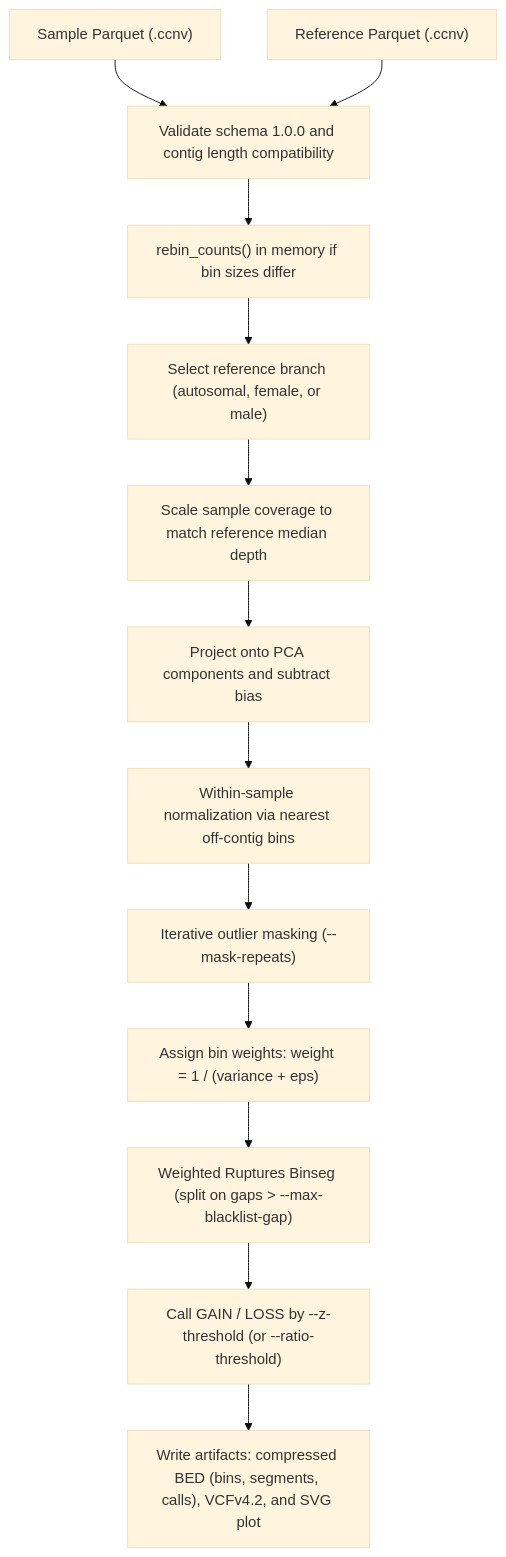
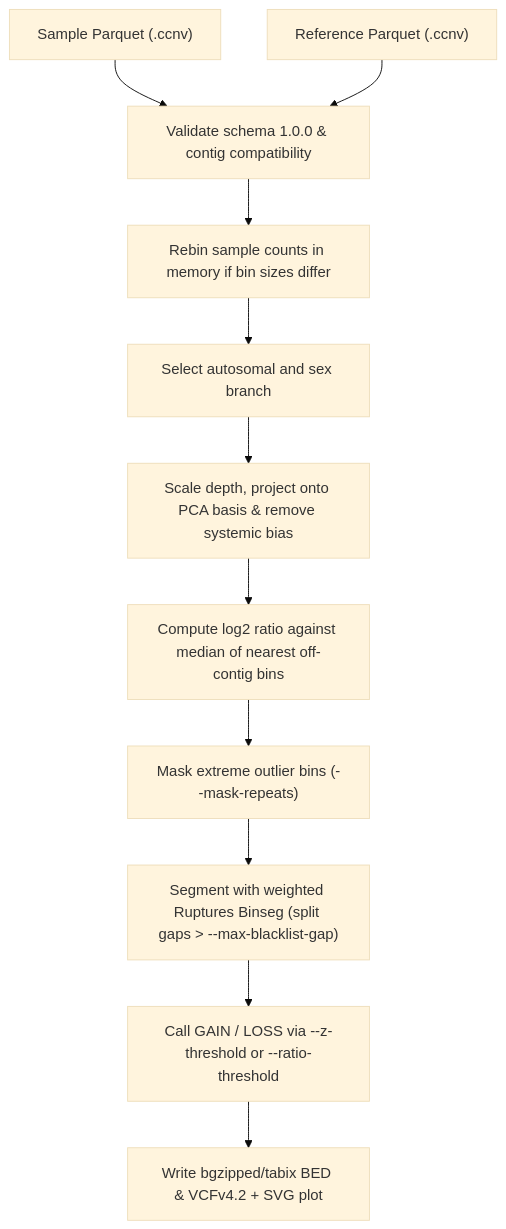
One commit to matthdsm/ccnv changed the fourth of 4 diagrams in docs/pipeline.md. Above: the diagram before and after it, drawn with Mermaid (base theme). The commit also changed other lines of this file and 29 other files, not shown here.

````diff
--- a/docs/pipeline.md
+++ b/docs/pipeline.md
@@ -113,15 +89,13 @@
 ```mermaid
 flowchart TD
-    InSample["Sample Parquet (<sample>.ccnv)"] --> LoadCompat["Validate schema 1.0.0 and contig length compatibility"]
+    InSample["Sample Parquet (<sample>.ccnv)"] --> LoadCompat["Validate schema 1.0.0 & contig compatibility"]
     InRef["Reference Parquet (<reference>.ccnv)"] --> LoadCompat
-    LoadCompat --> RebinCheck["rebin_counts() in memory if bin sizes differ"]
-    RebinCheck --> BranchSelect["Select reference branch (autosomal, female, or male)"]
-    BranchSelect --> DepthScale["Scale sample coverage to match reference median depth"]
-    DepthScale --> ProjectPCA["Project onto PCA components and subtract bias"]
-    ProjectPCA --> MatchNearest["Within-sample normalization via nearest off-contig bins"]
-    MatchNearest --> IterativeMask["Iterative outlier masking (--mask-repeats)"]
-    IterativeMask --> BinWeights["Assign bin weights: weight = 1 / (variance + eps)"]
-    BinWeights --> SegEngine["Weighted Ruptures Binseg (split on gaps > --max-blacklist-gap)"]
-    SegEngine --> CallingCriteria["Call GAIN / LOSS by --z-threshold (or --ratio-threshold)"]
-    CallingCriteria --> OutputArtifacts["Write artifacts: compressed BED (bins, segments, calls), VCFv4.2, and SVG plot"]
+    LoadCompat --> RebinCheck["Rebin sample counts in memory if bin sizes differ"]
+    RebinCheck --> BranchSelect["Select autosomal and sex branch"]
+    BranchSelect --> ProjectPCA["Scale depth, project onto PCA basis & remove systemic bias"]
+    ProjectPCA --> MatchNearest["Compute log2 ratio against median of nearest off-contig bins"]
+    MatchNearest --> IterativeMask["Mask extreme outlier bins (--mask-repeats)"]
+    IterativeMask --> SegEngine["Segment with weighted Ruptures Binseg (split gaps > --max-blacklist-gap)"]
+    SegEngine --> CallEvents["Call GAIN / LOSS via --z-threshold or --ratio-threshold"]
+    CallEvents --> Outputs["Write bgzipped/tabix BED & VCFv4.2 + SVG plot"]
 ```
````
